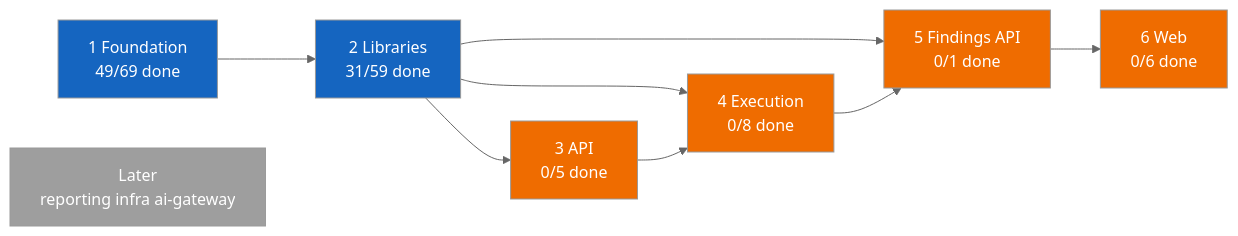
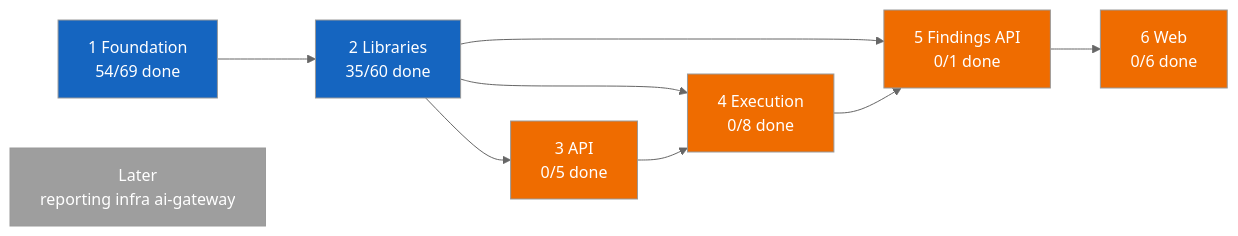
One commit to vulcanflow/docs changed the first of 2 diagrams in PROGRESS.md. Above: the diagram before and after it, drawn with Mermaid (neutral theme). The commit also changed other lines of this file and 1 other file, not shown here.

````diff
--- a/PROGRESS.md
+++ b/PROGRESS.md
@@ -24,31 +24,31 @@
 ```mermaid
 flowchart LR
-  P1["1 Foundation<br/>49/69 done"]
-  P2["2 Libraries<br/>31/59 done"]
+  P1["1 Foundation<br/>54/69 done"]
+  P2["2 Libraries<br/>35/60 done"]
   P3["3 API<br/>0/5 done"]
   P4["4 Execution<br/>0/8 done"]
   P5["5 Findings API<br/>0/1 done"]
   P6["6 Web<br/>0/6 done"]
   L["Later<br/>reporting infra ai-gateway"]
 
   P1 --> P2
   P2 --> P3
   P2 --> P4
   P3 --> P4
   P2 --> P5
   P4 --> P5
   P5 --> P6
 
   classDef done fill:#2e7d32,color:#fff
   classDef active fill:#1565c0,color:#fff
   classDef held fill:#9e9e9e,color:#fff
   classDef blocked fill:#ef6c00,color:#fff
 
   class P1 active
   class P2 active
   class P3 blocked
   class P4 blocked
   class P5 blocked
   class P6 blocked
   class L held
 ```
````
